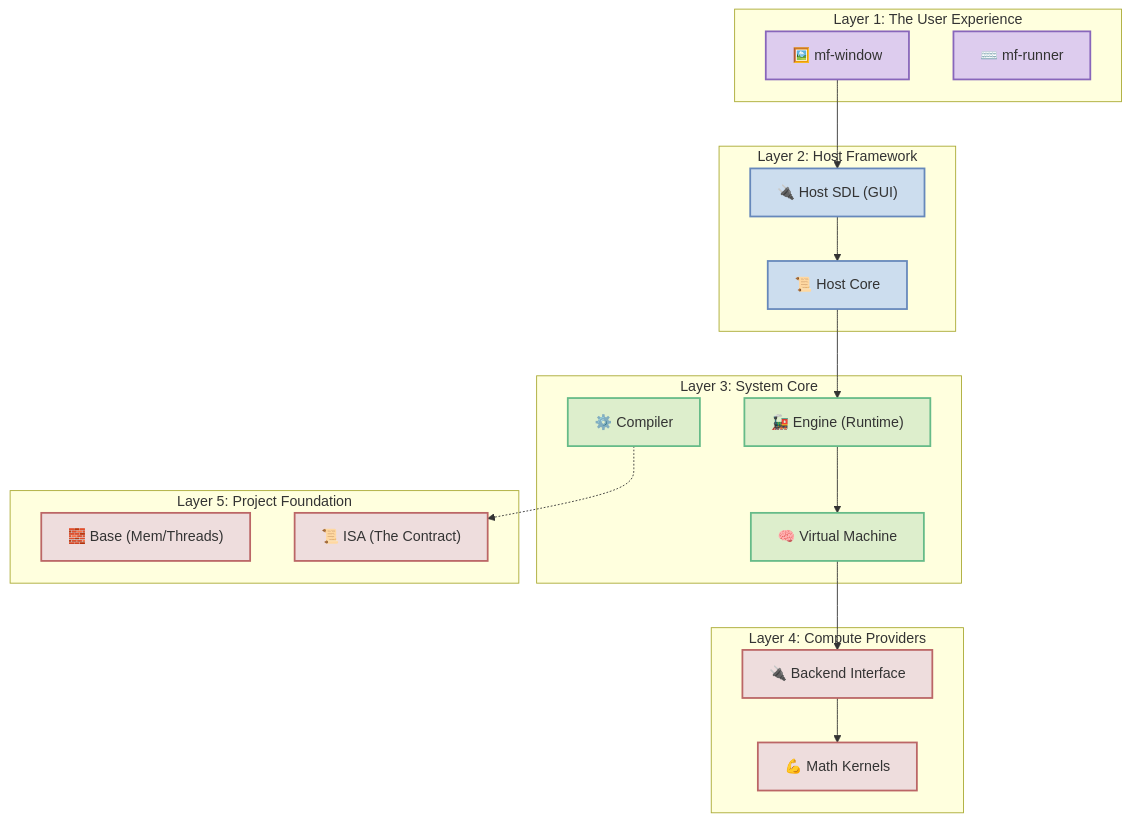
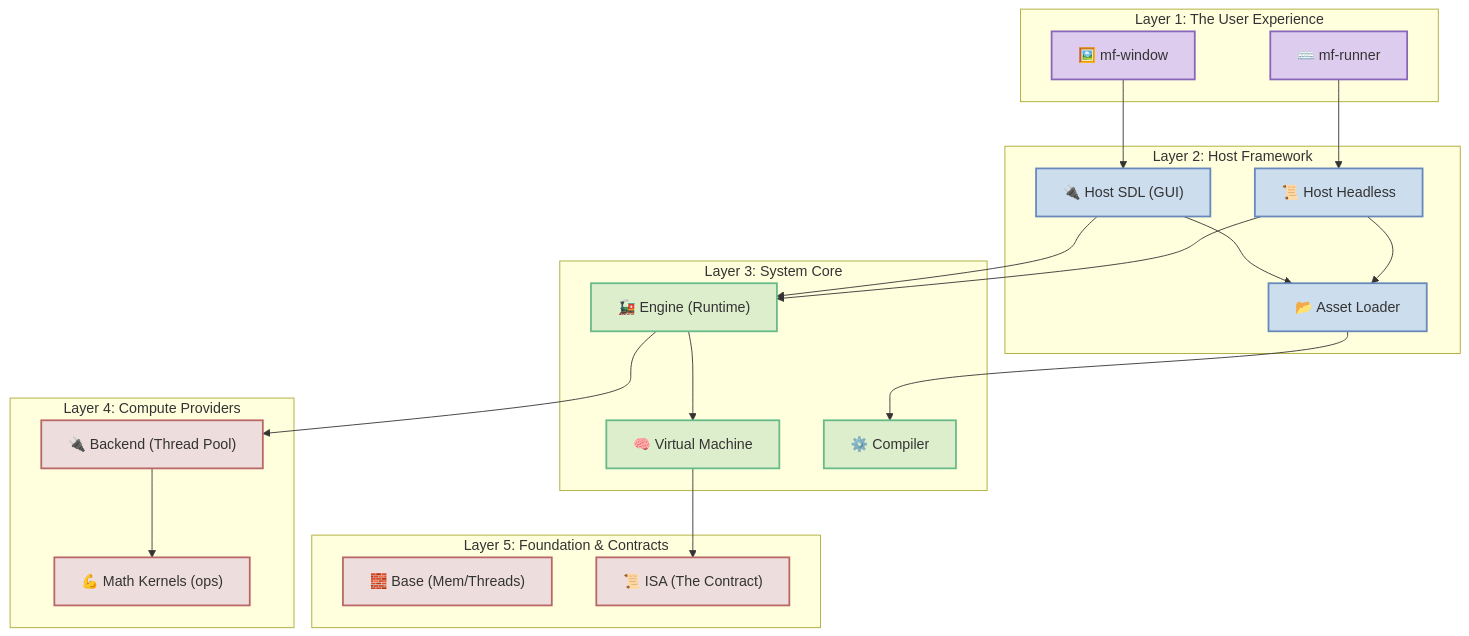
One commit to BinaryCat17/MathFlow changed the second of 2 diagrams in docs/architecture.md. Above: the diagram before and after it, drawn with Mermaid. The commit also changed other lines of this file, not shown here.

First line of the commit message:
Docs: Update Architecture Diagram.

````diff
--- a/docs/architecture.md
+++ b/docs/architecture.md
@@ -90,48 +96,53 @@
 ```mermaid
 graph TD
     %% Styles
     classDef layerApp fill:#dce,stroke:#86b,stroke-width:2px;
     classDef layerHost fill:#cde,stroke:#68b,stroke-width:2px;
     classDef layerCore fill:#dec,stroke:#6b8,stroke-width:2px;
     classDef layerBase fill:#edd,stroke:#b66,stroke-width:2px;
 
     %% Layer 1: Apps
     subgraph L1 ["Layer 1: The User Experience"]
         App_GUI["🖼️ mf-window"]:::layerApp
         App_CLI["⌨️ mf-runner"]:::layerApp
     end
 
     %% Layer 2: Host
     subgraph L2 ["Layer 2: Host Framework"]
-        HostCore["📜 Host Core"]:::layerHost
+        HostHeadless["📜 Host Headless"]:::layerHost
         HostSDL["🔌 Host SDL (GUI)"]:::layerHost
+        Loader["📂 Asset Loader"]:::layerHost
     end
 
     %% Layer 3: Core
     subgraph L3 ["Layer 3: System Core"]
         Engine["🚂 Engine (Runtime)"]:::layerCore
         VM["🧠 Virtual Machine"]:::layerCore
         Compiler["⚙️ Compiler"]:::layerCore
     end
 
     %% Layer 4: Compute
     subgraph L4 ["Layer 4: Compute Providers"]
-        Backend["🔌 Backend Interface"]:::layerBase
-        Ops["💪 Math Kernels"]:::layerBase
+        Backend["🔌 Backend (Thread Pool)"]:::layerBase
+        Ops["💪 Math Kernels (ops)"]:::layerBase
     end
 
     %% Layer 5: Foundation
-    subgraph L5 ["Layer 5: Project Foundation"]
+    subgraph L5 ["Layer 5: Foundation & Contracts"]
         Base["🧱 Base (Mem/Threads)"]:::layerBase
         ISA["📜 ISA (The Contract)"]:::layerBase
     end
 
     %% Dependencies
     App_GUI --> HostSDL
-    HostSDL --> HostCore
-    HostCore --> Engine
+    App_CLI --> HostHeadless
+    HostSDL --> Loader
+    HostHeadless --> Loader
+    HostSDL --> Engine
+    HostHeadless --> Engine
+    Loader --> Compiler
     Engine --> VM
-    VM --> Backend
+    VM --> ISA
+    Engine --> Backend
     Backend --> Ops
-    Compiler -.-> ISA
 ```
````
